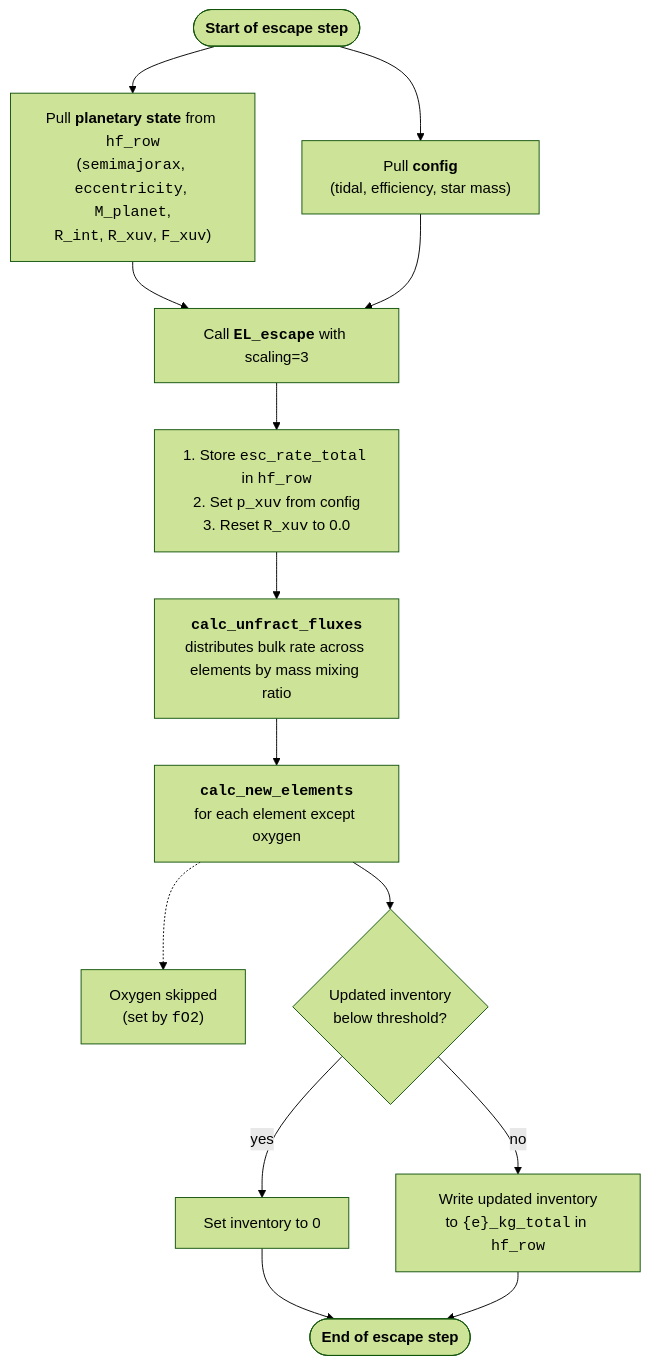
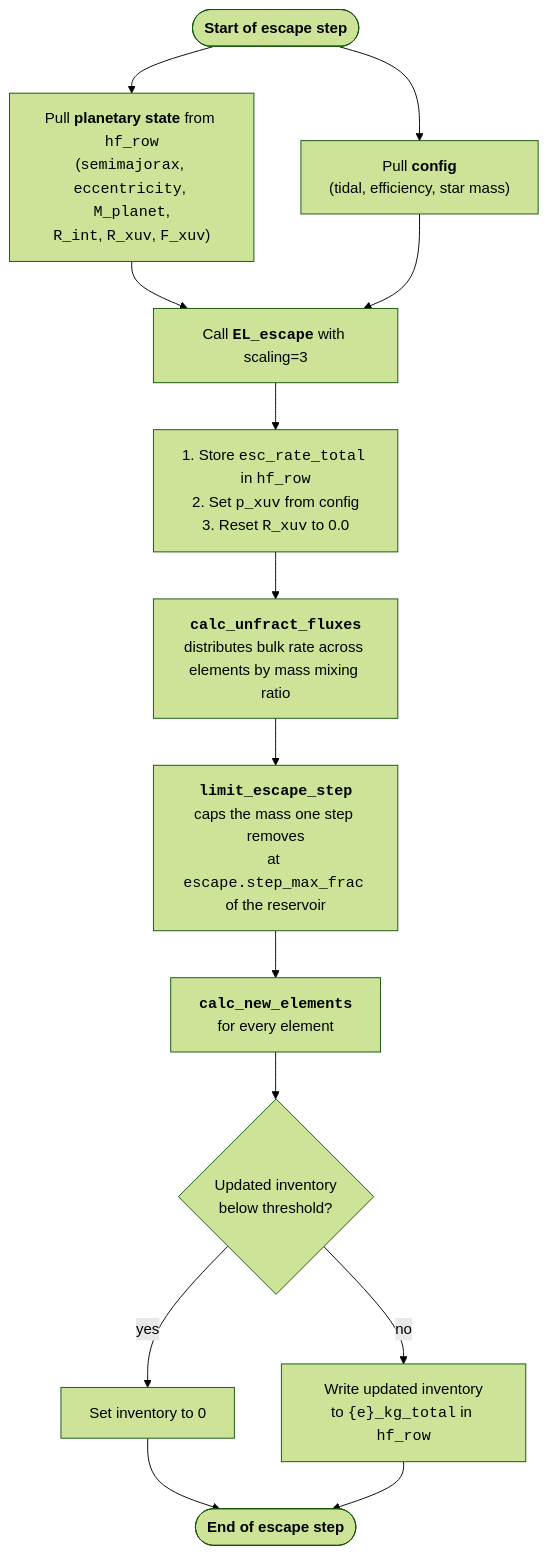
Before and after one commit to FormingWorlds/ZEPHYRUS: the diagram in docs/Explanations/proteus.md, drawn with Mermaid (forest theme). The commit also changed other lines of this file and 103 other files, not shown here.

````diff
--- a/docs/Explanations/proteus.md
+++ b/docs/Explanations/proteus.md
@@ -52,38 +52,38 @@
 ```mermaid
 flowchart TD
     Start([<b>Start of escape step</b>])
 
     Pull1["Pull <b>planetary state</b> from <code>hf_row</code><br/>(<code>semimajorax</code>, <code>eccentricity</code>, <code>M_planet</code>,<br/><code>R_int</code>, <code>R_xuv</code>, <code>F_xuv</code>)"]
     Pull2["Pull <b>config</b><br/>(tidal, efficiency, star mass)"]
 
     Call["Call <b><code>EL_escape</code></b> with scaling=3"]
 
     Store["1. Store <code>esc_rate_total</code> in <code>hf_row</code><br/>2. Set <code>p_xuv</code> from config<br/>3. Reset <code>R_xuv</code> to 0.0"]
 
     Distribute["<b><code>calc_unfract_fluxes</code></b><br/>distributes bulk rate across elements by mass mixing ratio"]
 
-    Integrate["<b><code>calc_new_elements</code></b><br/>for each element except oxygen"]
+    Cap["<b><code>limit_escape_step</code></b><br/>caps the mass one step removes<br/>at <code>escape.step_max_frac</code> of the reservoir"]
 
-    SkipO["Oxygen skipped<br/>(set by <code>fO2</code>)"]
+    Integrate["<b><code>calc_new_elements</code></b><br/>for every element"]
 
     Threshold{"Updated inventory<br/>below threshold?"}
 
     Zero["Set inventory to 0"]
     Keep["Write updated inventory<br/>to <code>{e}_kg_total</code> in <code>hf_row</code>"]
 
     Done([<b>End of escape step</b>])
 
     Start --> Pull1
     Start --> Pull2
     Pull1 --> Call
     Pull2 --> Call
     Call --> Store
     Store --> Distribute
-    Distribute --> Integrate
-    Integrate -.-> SkipO
+    Distribute --> Cap
+    Cap --> Integrate
     Integrate --> Threshold
     Threshold -->|yes| Zero
     Threshold -->|no| Keep
     Zero --> Done
     Keep --> Done
 ```
````
